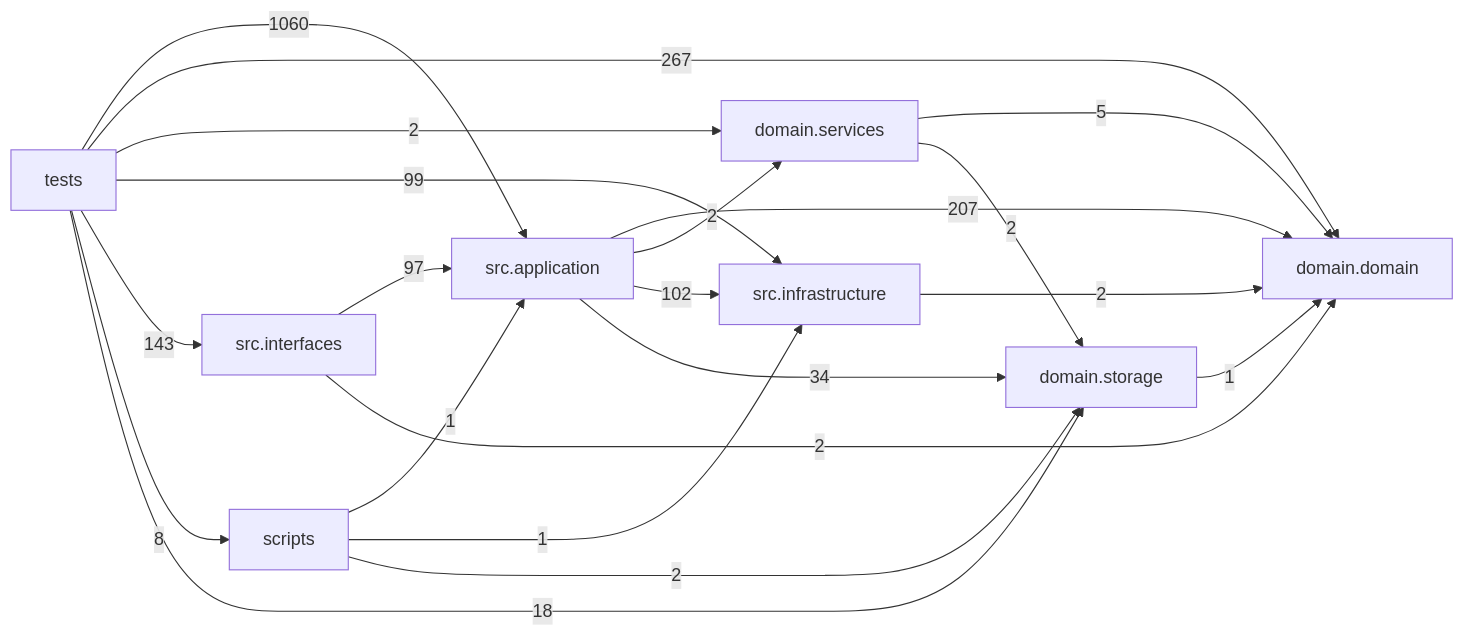
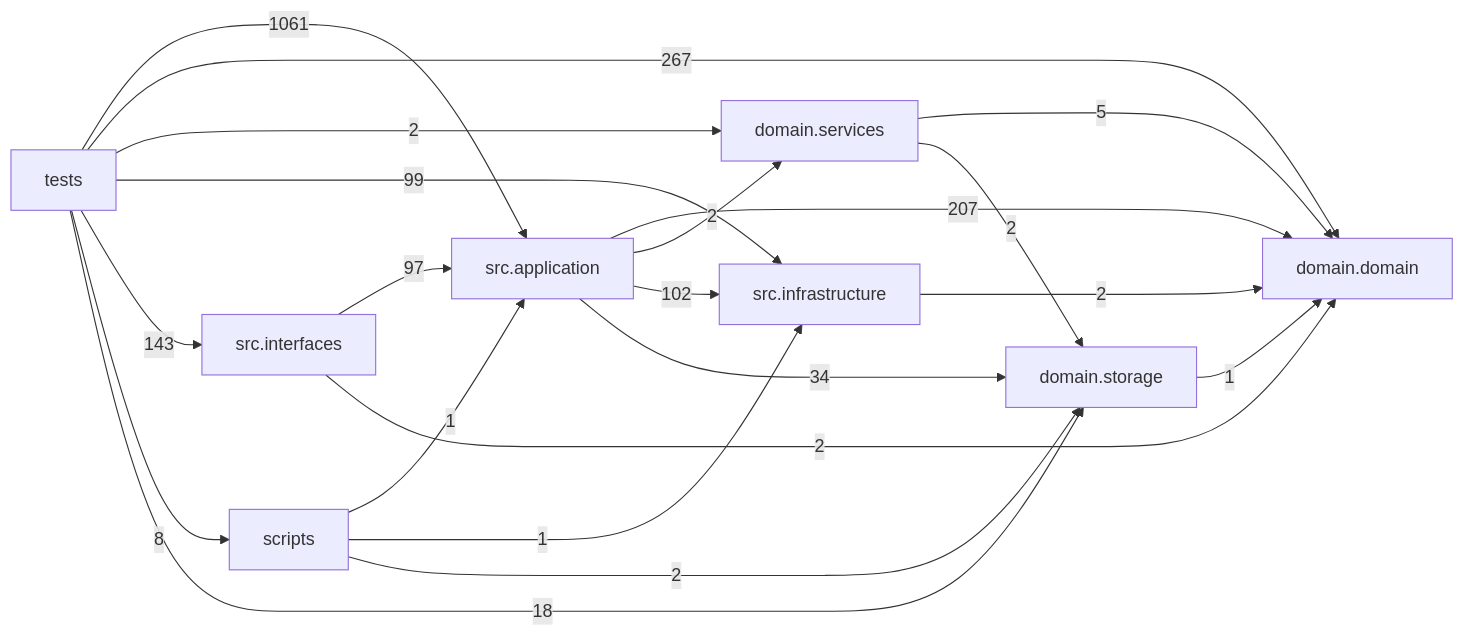
The diagram in docs/DEPENDENCY_GRAPH.md (liuxie066/options-monitor), drawn with Mermaid before and after one commit. The commit also changed other lines of this file and 9 other files, not shown here.

````diff
--- a/docs/DEPENDENCY_GRAPH.md
+++ b/docs/DEPENDENCY_GRAPH.md
@@ -24,31 +24,31 @@
 ```mermaid
 flowchart LR
   tests["tests"]
   scripts["scripts"]
   interfaces["src.interfaces"]
   application["src.application"]
   infrastructure["src.infrastructure"]
   domain_services["domain.services"]
   domain["domain.domain"]
   storage["domain.storage"]
   application -->|207| domain
   application -->|2| domain_services
   application -->|102| infrastructure
   application -->|34| storage
   domain_services -->|5| domain
   domain_services -->|2| storage
   infrastructure -->|2| domain
   interfaces -->|97| application
   interfaces -->|2| domain
   scripts -->|1| application
   scripts -->|1| infrastructure
   scripts -->|2| storage
   storage -->|1| domain
-  tests -->|1060| application
+  tests -->|1061| application
   tests -->|267| domain
   tests -->|2| domain_services
   tests -->|99| infrastructure
   tests -->|143| interfaces
   tests -->|8| scripts
   tests -->|18| storage
 ```
````
